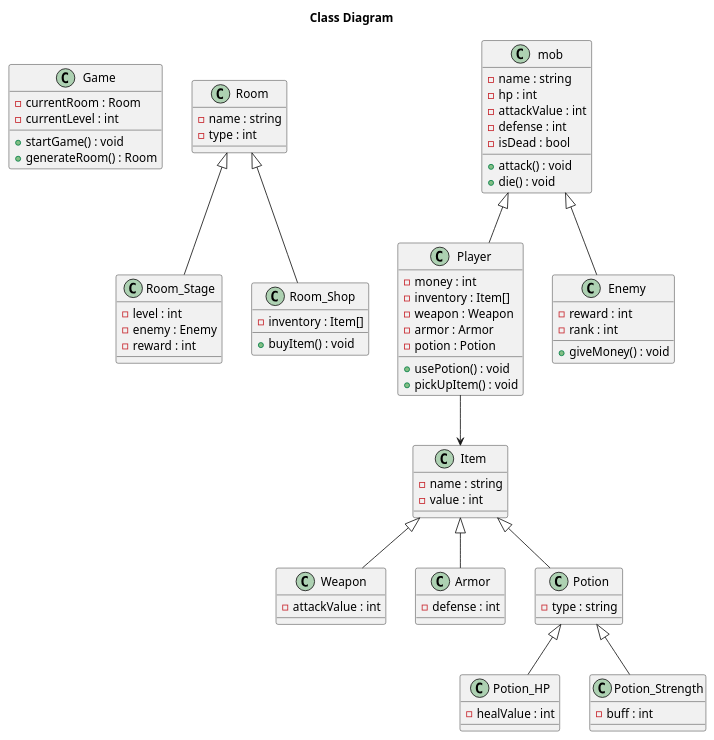
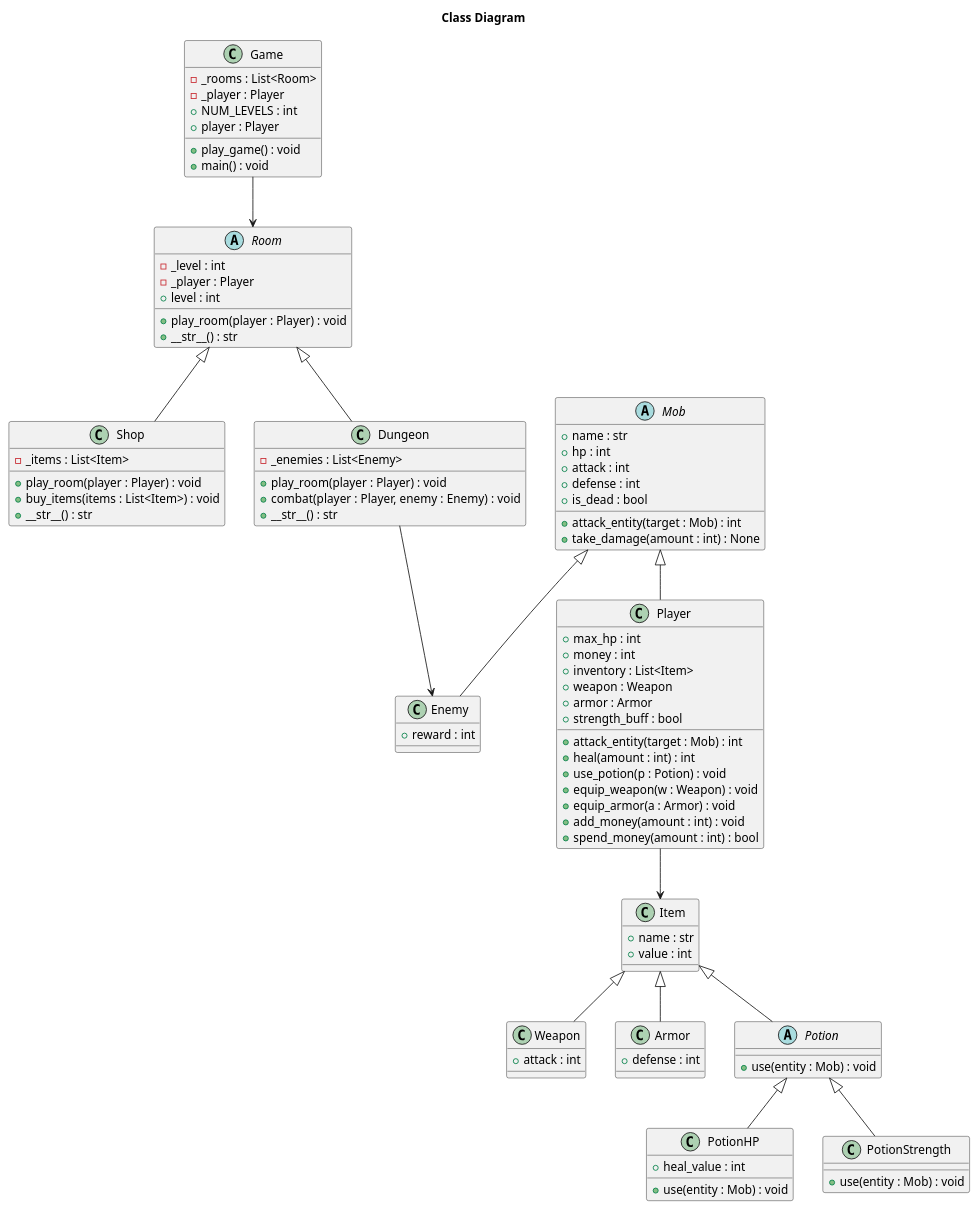
The diagram in game/uml/Logical.plantuml (paulconnett/oop-group-final), drawn with PlantUML before and after one commit. The commit also changed 9 other files, not shown here.

```diff
--- a/game/uml/Logical.plantuml
+++ b/game/uml/Logical.plantuml
@@ -1,88 +1,109 @@
 @startuml Logical View
 title Class Diagram
 
 class Game {
-  - currentRoom : Room
-  - currentLevel : int
-  + startGame() : void
-  + generateRoom() : Room
+  - _rooms : List<Room>
+  - _player : Player
+  + NUM_LEVELS : int
+  + play_game() : void
+  + player : Player
+  + main() : void
 }
 
-class Room {
-  - name : string
-  - type : int
+abstract class Room {
+  - _level : int
+  - _player : Player
+  + level : int
+  + play_room(player : Player) : void
+  + __str__() : str
 }
 
-class Room_Stage {
-  - level : int
-  - enemy : Enemy
-  - reward : int
+class Shop {
+  - _items : List<Item>
+  + play_room(player : Player) : void
+  + buy_items(items : List<Item>) : void
+  + __str__() : str
 }
 
-class Room_Shop {
-  - inventory : Item[]
-  + buyItem() : void
+class Dungeon {
+  - _enemies : List<Enemy>
+  + play_room(player : Player) : void
+  + combat(player : Player, enemy : Enemy) : void
+  + __str__() : str
 }
 
-class mob {
-  - name : string
-  - hp : int
-  - attackValue : int
-  - defense : int
-  - isDead : bool
-  + attack() : void
-  + die() : void
+Game --> Room
+Room <|-- Shop
+Room <|-- Dungeon
+
+abstract class Mob {
+  + name : str
+  + hp : int
+  + attack : int
+  + defense : int
+  + is_dead : bool
+  + attack_entity(target : Mob) : int
+  + take_damage(amount : int) : None
 }
 
 class Player {
-  - money : int
-  - inventory : Item[]
-  - weapon : Weapon
-  - armor : Armor
-  - potion : Potion
-  + usePotion() : void
-  + pickUpItem() : void
+  + max_hp : int
+  + money : int
+  + inventory : List<Item>
+  + weapon : Weapon
+  + armor : Armor
+  + strength_buff : bool
+  + attack_entity(target : Mob) : int
+  + heal(amount : int) : int
+  + use_potion(p : Potion) : void
+  + equip_weapon(w : Weapon) : void
+  + equip_armor(a : Armor) : void
+  + add_money(amount : int) : void
+  + spend_money(amount : int) : bool
 }
 
 class Enemy {
-  - reward : int
-  - rank : int
-  + giveMoney() : void
+  + reward : int
 }
 
+Mob <|-- Player
+Mob <|-- Enemy
+
+Player --> Item
+
+Dungeon --> Enemy
+
 class Item {
-  - name : string
-  - value : int
+  + name : str
+  + value : int
 }
 
 class Weapon {
-  - attackValue : int
+  + attack : int
 }
 
 class Armor {
-  - defense : int
+  + defense : int
 }
 
-class Potion {
-  - type : string
+abstract class Potion {
+  + use(entity : Mob) : void
 }
 
-class Potion_HP {
-  - healValue : int
+class PotionHP {
+  + heal_value : int
+  + use(entity : Mob) : void
 }
 
-class Potion_Strength {
-  - buff : int
+class PotionStrength {
+  + use(entity : Mob) : void
 }
 
-Room <|-- Room_Stage
-Room <|-- Room_Shop
-mob <|-- Player
-mob <|-- Enemy
-Player --> Item
 Item <|-- Weapon
 Item <|-- Armor
 Item <|-- Potion
-Potion <|-- Potion_HP
-Potion <|-- Potion_Strength
+
+Potion <|-- PotionHP
+Potion <|-- PotionStrength
+
 @enduml
```
